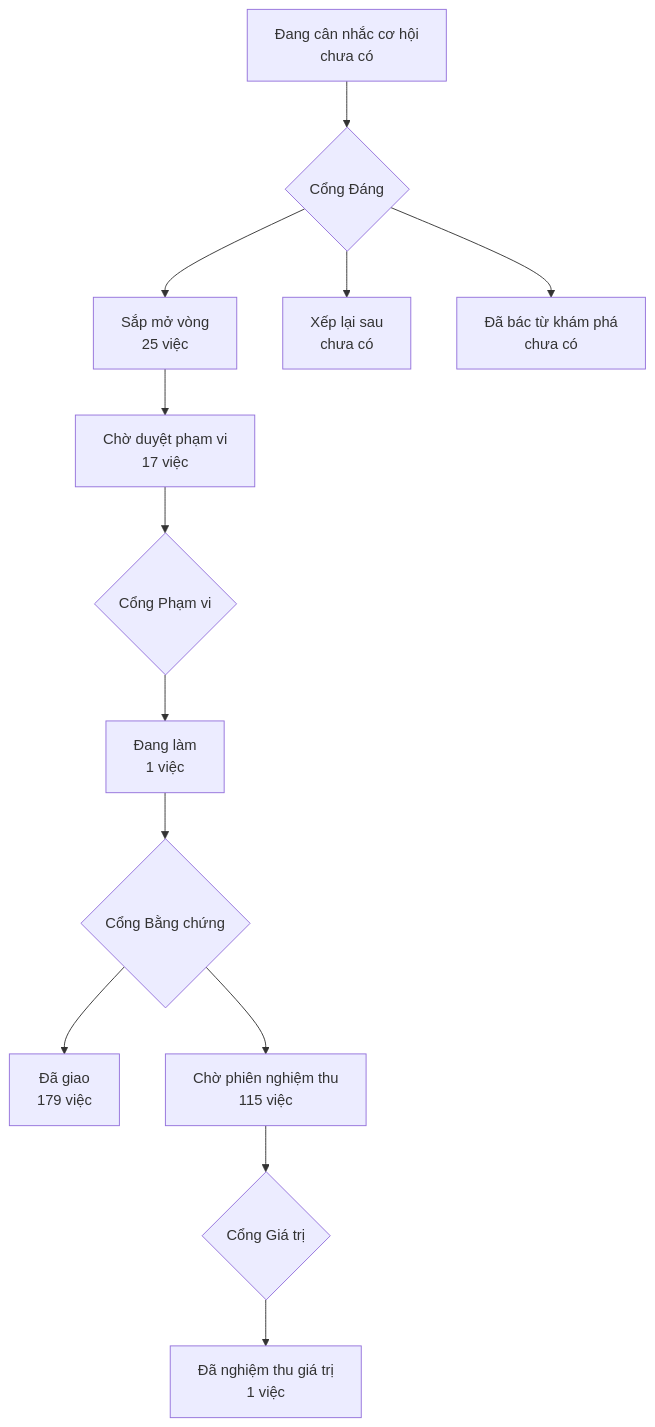
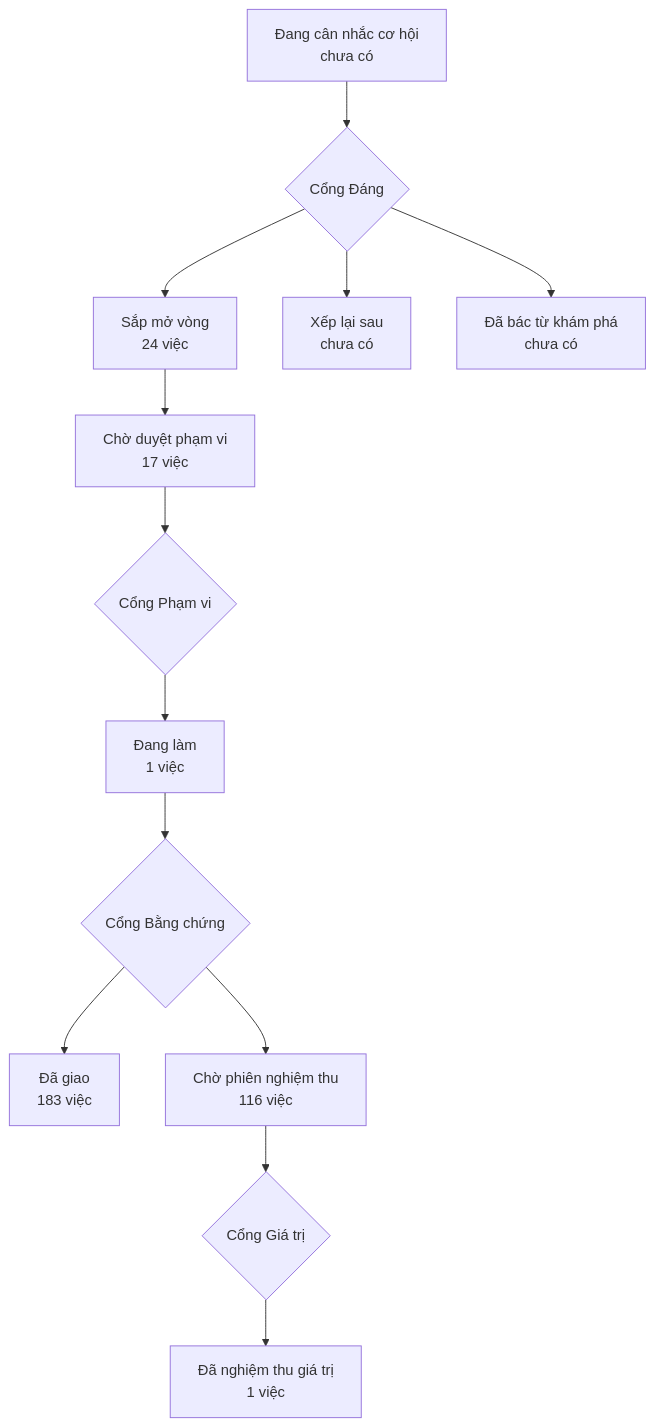
One commit to phanlemanh/onehub-invest changed the diagram in PRODUCT-MAP.md. Above: the diagram before and after it, drawn with Mermaid. The commit also changed other lines of this file and 1 other file, not shown here.

Commit message:
chore(map): vẽ lại bản đồ sau khi gộp main

````diff
--- a/PRODUCT-MAP.md
+++ b/PRODUCT-MAP.md
@@ -7,12 +7,12 @@
 ```mermaid
 flowchart TD
   A["Đang cân nhắc cơ hội<br/>chưa có"] --> GD{"Cổng Đáng"}
-  GD --> B["Sắp mở vòng<br/>25 việc"]
+  GD --> B["Sắp mở vòng<br/>24 việc"]
   GD --> XL["Xếp lại sau<br/>chưa có"]
   GD --> DB["Đã bác từ khám phá<br/>chưa có"]
   B --> CD["Chờ duyệt phạm vi<br/>17 việc"] --> GP{"Cổng Phạm vi"}
   GP --> DL["Đang làm<br/>1 việc"] --> GB{"Cổng Bằng chứng"}
-  GB --> DG["Đã giao<br/>179 việc"]
-  GB --> CN["Chờ phiên nghiệm thu<br/>115 việc"] --> GG{"Cổng Giá trị"}
+  GB --> DG["Đã giao<br/>183 việc"]
+  GB --> CN["Chờ phiên nghiệm thu<br/>116 việc"] --> GG{"Cổng Giá trị"}
   GG --> NT["Đã nghiệm thu giá trị<br/>1 việc"]
 ```
````
